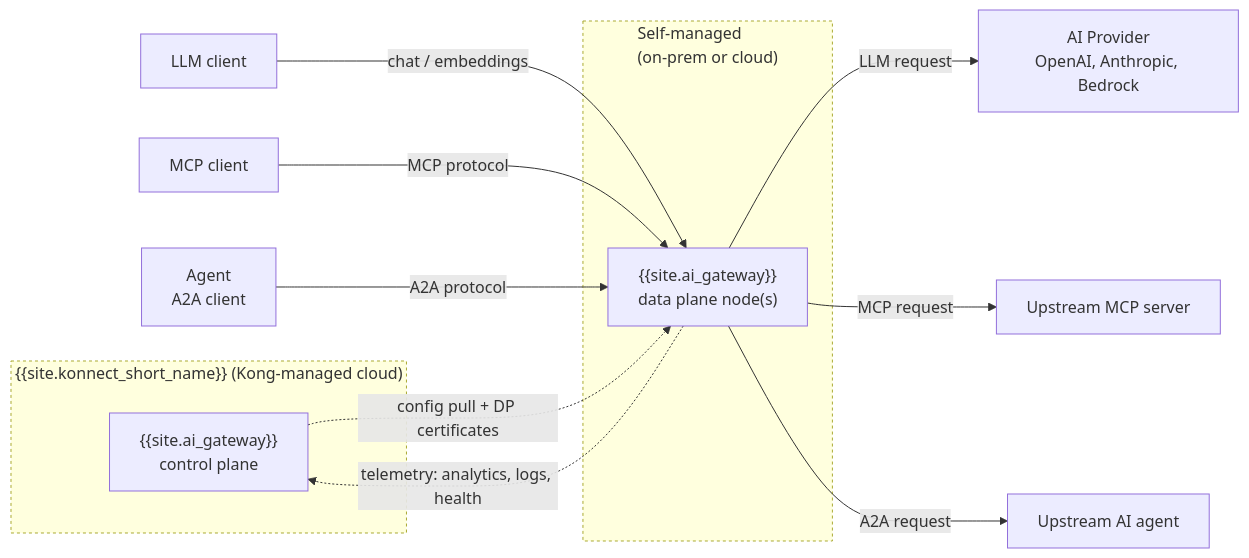
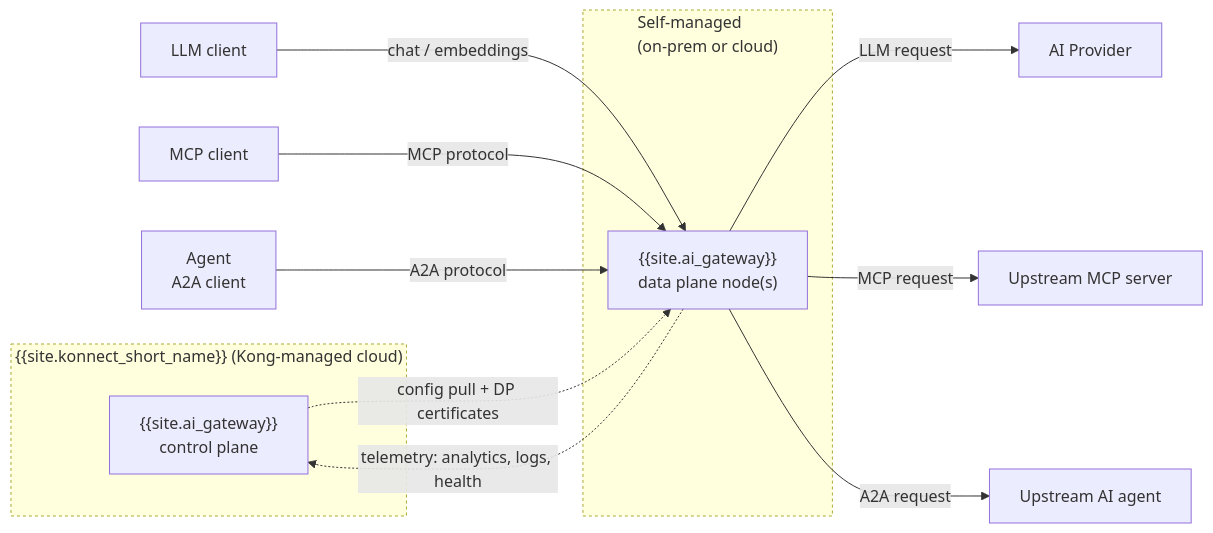
One commit to Kong/developer.konghq.com changed the diagram in app/ai-gateway/architecture.md. Above: the diagram before and after it, drawn with Mermaid. The commit also changed other lines of this file, not shown here.

```diff
--- a/app/ai-gateway/architecture.md
+++ b/app/ai-gateway/architecture.md
@@ -31,27 +29,27 @@
 {% mermaid %}
 
 flowchart LR
 
 subgraph Konnect["{{site.konnect_short_name}} (Kong-managed cloud)"]
   CP["{{site.ai_gateway}}<br/>control plane"]
 end
 
 LLMc["LLM client"] -->|chat / embeddings| DP
 MCPc["MCP client"] -->|MCP protocol| DP
 A2Ac["Agent<br/>A2A client"] -->|A2A protocol| DP
 
 subgraph Customer["Self-managed<br/>(on-prem or cloud)"]
   DP["{{site.ai_gateway}}<br/>data plane node(s)"]
 end
 
-DP -->|LLM request| Provider["AI Provider<br/>OpenAI, Anthropic, Bedrock"]
+DP -->|LLM request| Provider["AI Provider"]
 DP -->|MCP request| MCPs["Upstream MCP server"]
 DP -->|A2A request| Agent["Upstream AI agent"]
 
 CP -. "config pull + DP certificates" .-> DP
 DP -. "telemetry: analytics, logs, health" .-> CP
 
 style Konnect stroke-dasharray:3
 style Customer stroke-dasharray:3
 
 {% endmermaid %}
```
